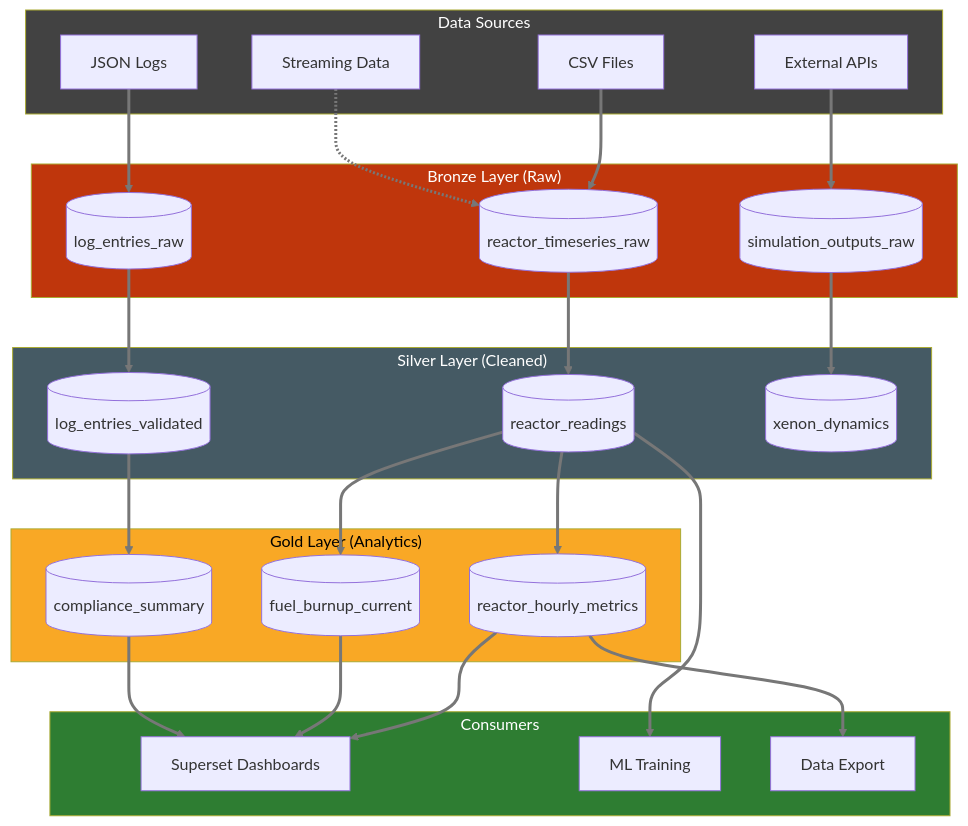
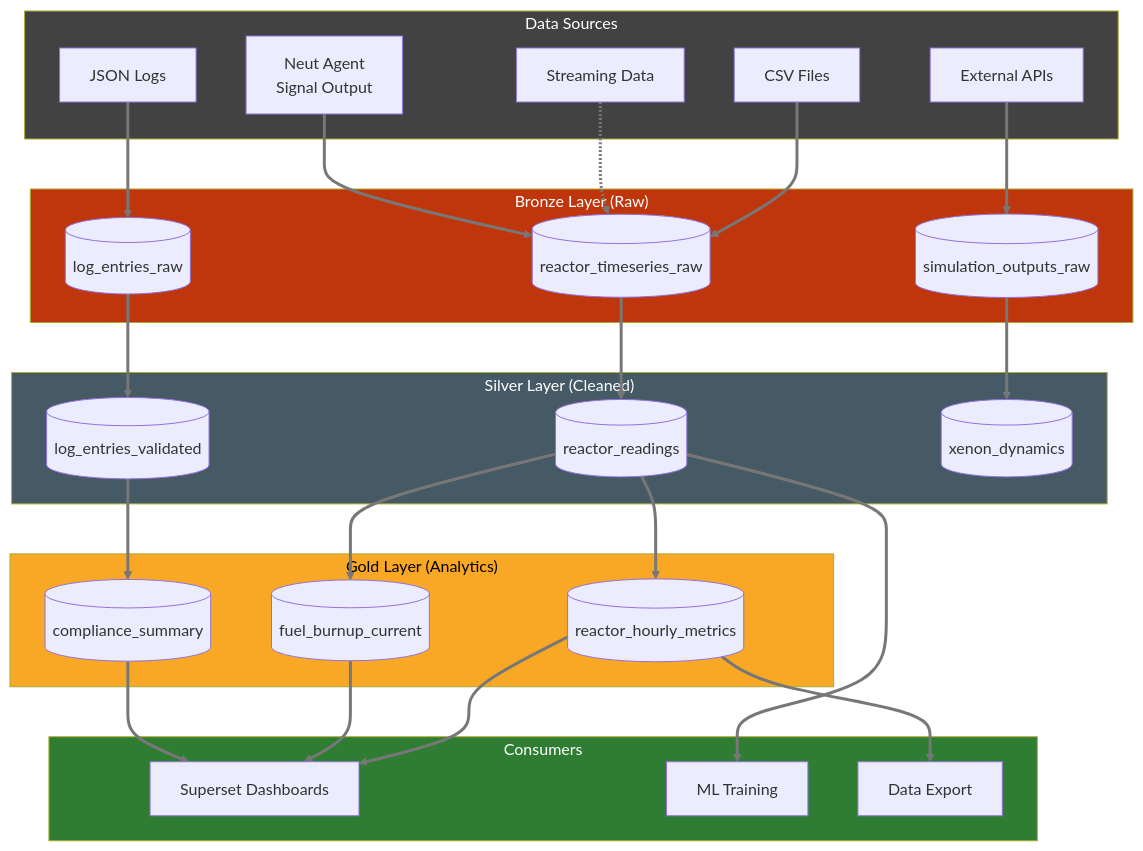
One commit to benjaminbooth/neutron-os-core changed the second of 3 diagrams in docs/prd/data-platform-prd.md. Above: the diagram before and after it, drawn with Mermaid. The commit also changed other lines of this file and 365 other files, not shown here.

````diff
--- a/docs/prd/data-platform-prd.md
+++ b/docs/prd/data-platform-prd.md
@@ -59,59 +59,61 @@
 ```mermaid
 flowchart TB
     subgraph Ingestion["Data Sources"]
         CSV[CSV Files]
         JSON[JSON Logs]
         API[External APIs]
         Stream[Streaming Data]
+        Neut[Neut Agent<br/>Signal Output]
     end
     
     subgraph Bronze["Bronze Layer (Raw)"]
         B1[(reactor_timeseries_raw)]
         B2[(log_entries_raw)]
         B3[(simulation_outputs_raw)]
     end
     
     subgraph Silver["Silver Layer (Cleaned)"]
         S1[(reactor_readings)]
         S2[(log_entries_validated)]
         S3[(xenon_dynamics)]
     end
     
     subgraph Gold["Gold Layer (Analytics)"]
         G1[(reactor_hourly_metrics)]
         G2[(fuel_burnup_current)]
         G3[(compliance_summary)]
     end
     
     subgraph Consumers["Consumers"]
         Superset[Superset Dashboards]
         ML[ML Training]
         Export[Data Export]
     end
     
     CSV --> B1
     JSON --> B2
     API --> B3
     Stream -.-> B1
+    Neut --> B1
     
     B1 --> S1
     B2 --> S2
     B3 --> S3
     
     S1 --> G1
     S1 --> G2
     S2 --> G3
     
     G1 --> Superset
     G2 --> Superset
     G3 --> Superset
     S1 --> ML
     G1 --> Export
     
     style Ingestion fill:#424242,color:#fff
     style Bronze fill:#bf360c,color:#fff
     style Silver fill:#455a64,color:#fff
     style Gold fill:#f9a825,color:#000
     style Consumers fill:#2e7d32,color:#fff
     linkStyle default stroke:#777777,stroke-width:3px
 ```
````
